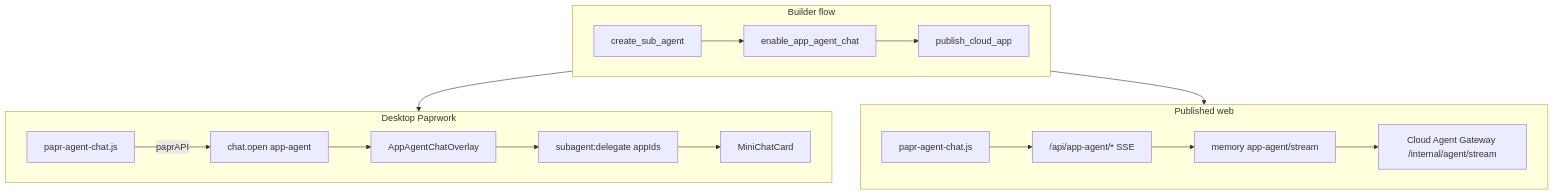
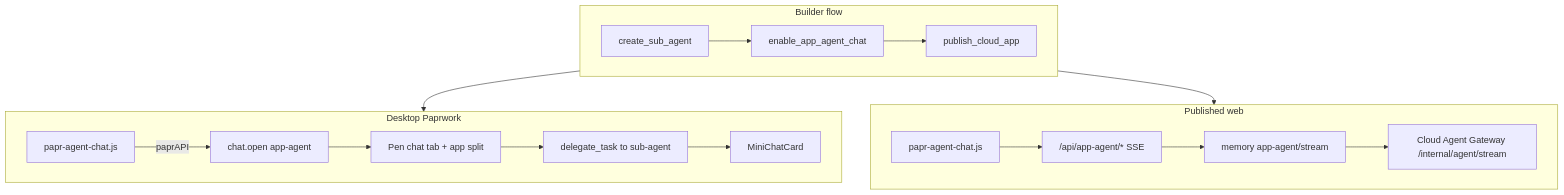
The diagram in docs/APP_AGENT_CHAT.md (Papr-ai/paprwork), drawn with Mermaid before and after one commit. The commit also changed other lines of this file and 92 other files, not shown here.

````diff
--- a/docs/APP_AGENT_CHAT.md
+++ b/docs/APP_AGENT_CHAT.md
@@ -23,23 +23,23 @@
 ```mermaid
 flowchart TB
   subgraph builder [Builder flow]
     A[create_sub_agent] --> B[enable_app_agent_chat]
     B --> C[publish_cloud_app]
   end
 
   subgraph desktop [Desktop Paprwork]
     SDK[papr-agent-chat.js] -->|paprAPI| CH[chat.open app-agent]
-    CH --> OV[AppAgentChatOverlay]
-    OV --> D[subagent:delegate appIds]
+    CH --> TAB[Pen chat tab + app split]
+    TAB --> D[delegate_task to sub-agent]
     D --> MC[MiniChatCard]
   end
 
   subgraph web [Published web]
     SDK2[papr-agent-chat.js] --> API["/api/app-agent/* SSE"]
     API --> MEM["memory app-agent/stream"]
     MEM --> GW["Cloud Agent Gateway /internal/agent/stream"]
   end
 
   builder --> desktop
   builder --> web
 ```
````
